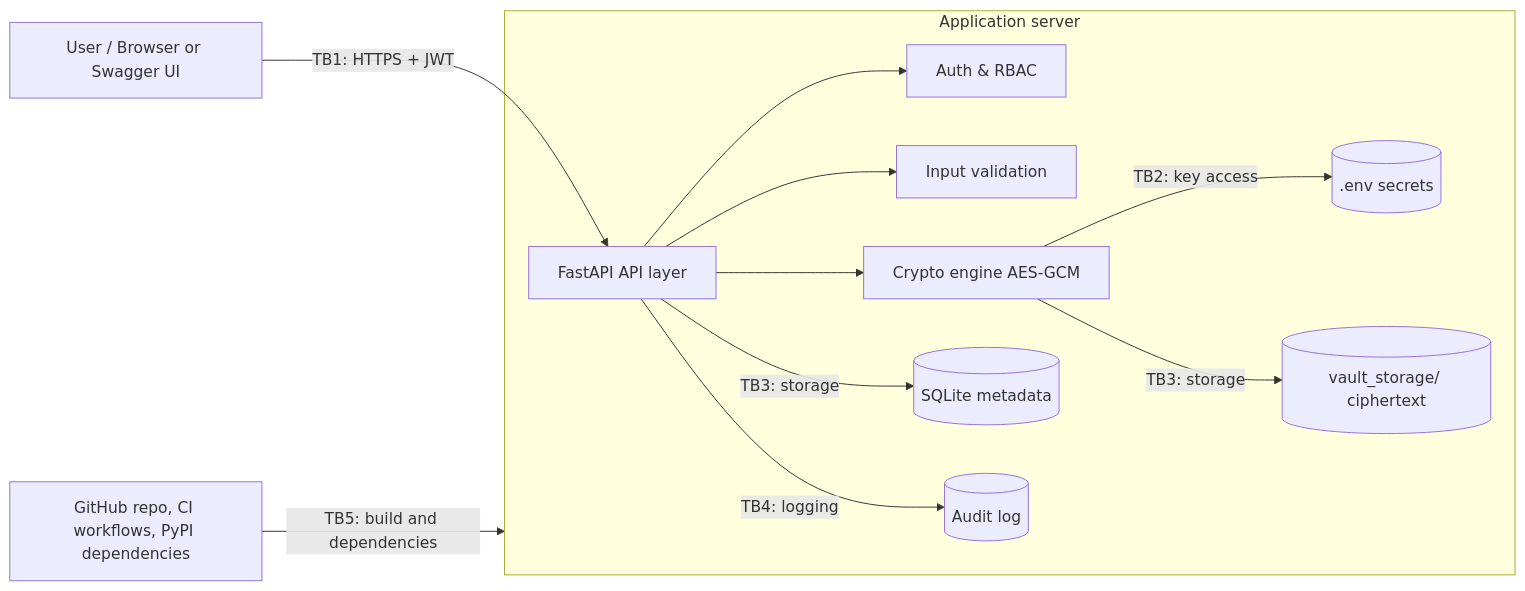
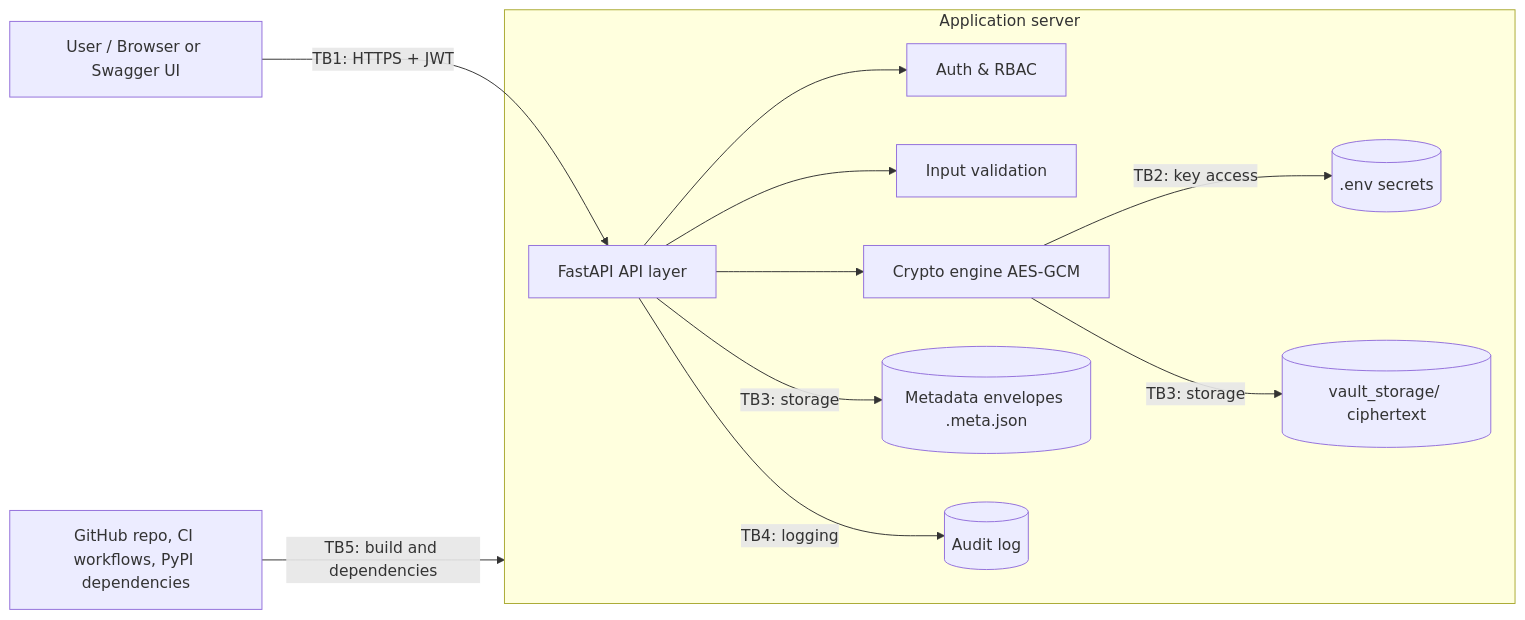
One commit to vitokwon/secure-financial-vault changed the diagram in docs/THREAT_MODEL.md. Above: the diagram before and after it, drawn with Mermaid. The commit also changed other lines of this file and 2 other files, not shown here.

Commit message:
docs: remove SQLite references; metadata stored in .meta.json envelopes (v1.1)

````diff
--- a/docs/THREAT_MODEL.md
+++ b/docs/THREAT_MODEL.md
@@ -59,14 +59,14 @@
 ```mermaid
 flowchart LR
     U[User / Browser or Swagger UI] -- "TB1: HTTPS + JWT" --> API[FastAPI API layer]
     subgraph Server [Application server]
         API --> AUTH[Auth & RBAC]
         API --> VAL[Input validation]
         API --> CRYPTO[Crypto engine AES-GCM]
         CRYPTO -- "TB2: key access" --> KEYS[(.env secrets)]
-        API -- "TB3: storage" --> DB[(SQLite metadata)]
+        API -- "TB3: storage" --> DB[(Metadata envelopes .meta.json)]
         CRYPTO -- "TB3: storage" --> VAULT[(vault_storage/ ciphertext)]
         API -- "TB4: logging" --> LOG[(Audit log)]
     end
     CI[GitHub repo, CI workflows, PyPI dependencies] -- "TB5: build and dependencies" --> Server
 ```
````
